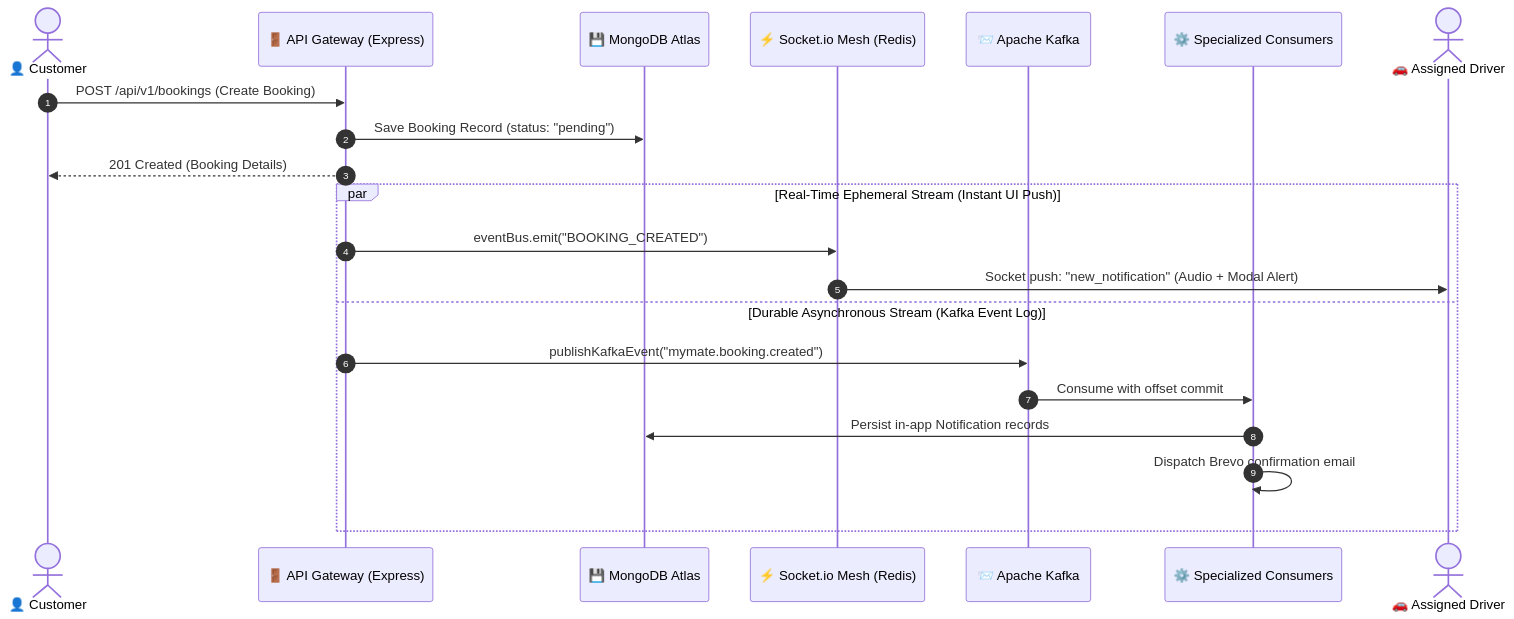
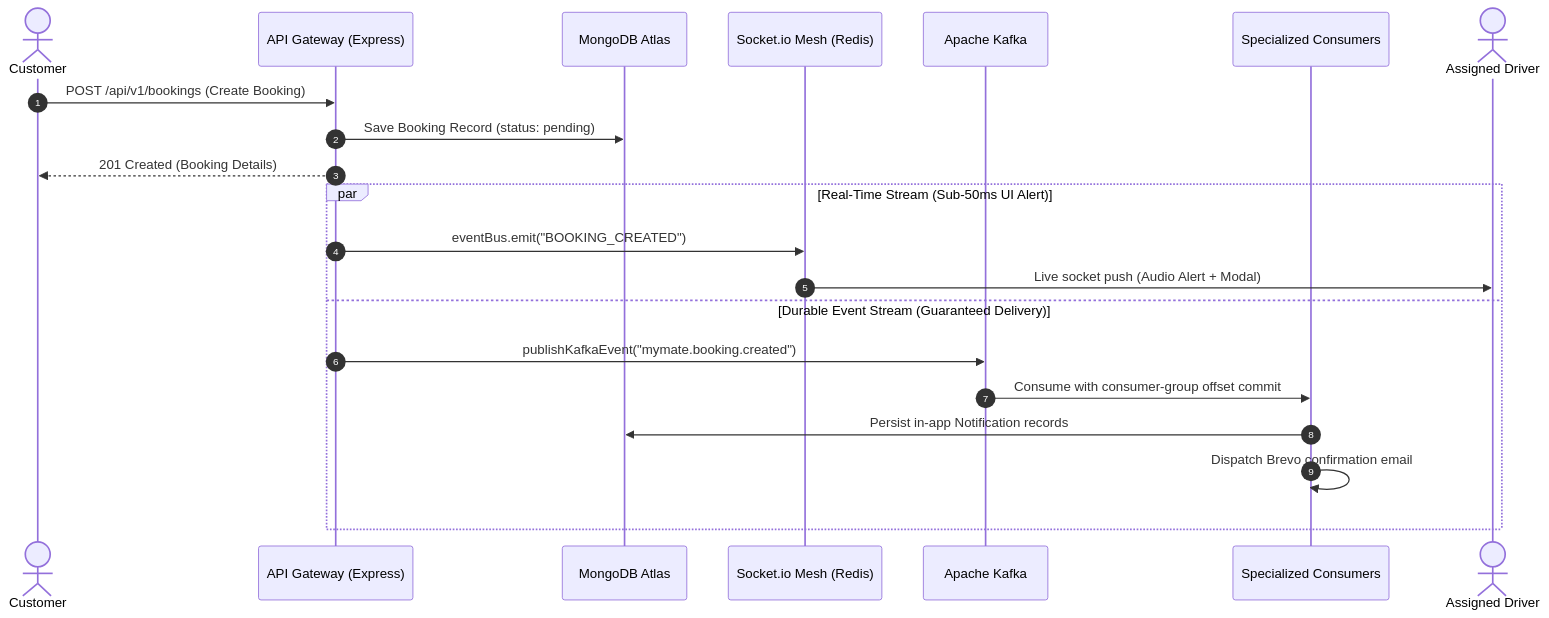
Before and after one commit to Susil-commits/MyMate: the second of 3 diagrams in readme.md, drawn with Mermaid. The commit also changed other lines of this file, not shown here.

Commit message:
docs: redesign README into an executive product & technical showcase and fix Mermaid diagram syntax

````diff
--- a/readme.md
+++ b/readme.md
@@ -69,25 +107,25 @@
 ```mermaid
 sequenceDiagram
     autonumber
-    actor Customer as 👤 Customer
-    participant API as 🚪 API Gateway (Express)
-    participant DB as 💾 MongoDB Atlas
-    participant Socket as ⚡ Socket.io Mesh (Redis)
-    participant Kafka as 📨 Apache Kafka
-    participant Consumer as ⚙️ Specialized Consumers
-    actor Driver as 🚗 Assigned Driver
+    actor Customer as Customer
+    participant API as API Gateway (Express)
+    participant DB as MongoDB Atlas
+    participant Socket as Socket.io Mesh (Redis)
+    participant Kafka as Apache Kafka
+    participant Consumer as Specialized Consumers
+    actor Driver as Assigned Driver
 
     Customer->>API: POST /api/v1/bookings (Create Booking)
-    API->>DB: Save Booking Record (status: "pending")
+    API->>DB: Save Booking Record (status: pending)
     API-->>Customer: 201 Created (Booking Details)
 
-    par Real-Time Ephemeral Stream (Instant UI Push)
+    par Real-Time Stream (Sub-50ms UI Alert)
         API->>Socket: eventBus.emit("BOOKING_CREATED")
-        Socket->>Driver: Socket push: "new_notification" (Audio + Modal Alert)
-    and Durable Asynchronous Stream (Kafka Event Log)
+        Socket->>Driver: Live socket push (Audio Alert + Modal)
+    and Durable Event Stream (Guaranteed Delivery)
         API->>Kafka: publishKafkaEvent("mymate.booking.created")
-        Kafka->>Consumer: Consume with offset commit
+        Kafka->>Consumer: Consume with consumer-group offset commit
         Consumer->>DB: Persist in-app Notification records
         Consumer->>Consumer: Dispatch Brevo confirmation email
     end
 ```
````
